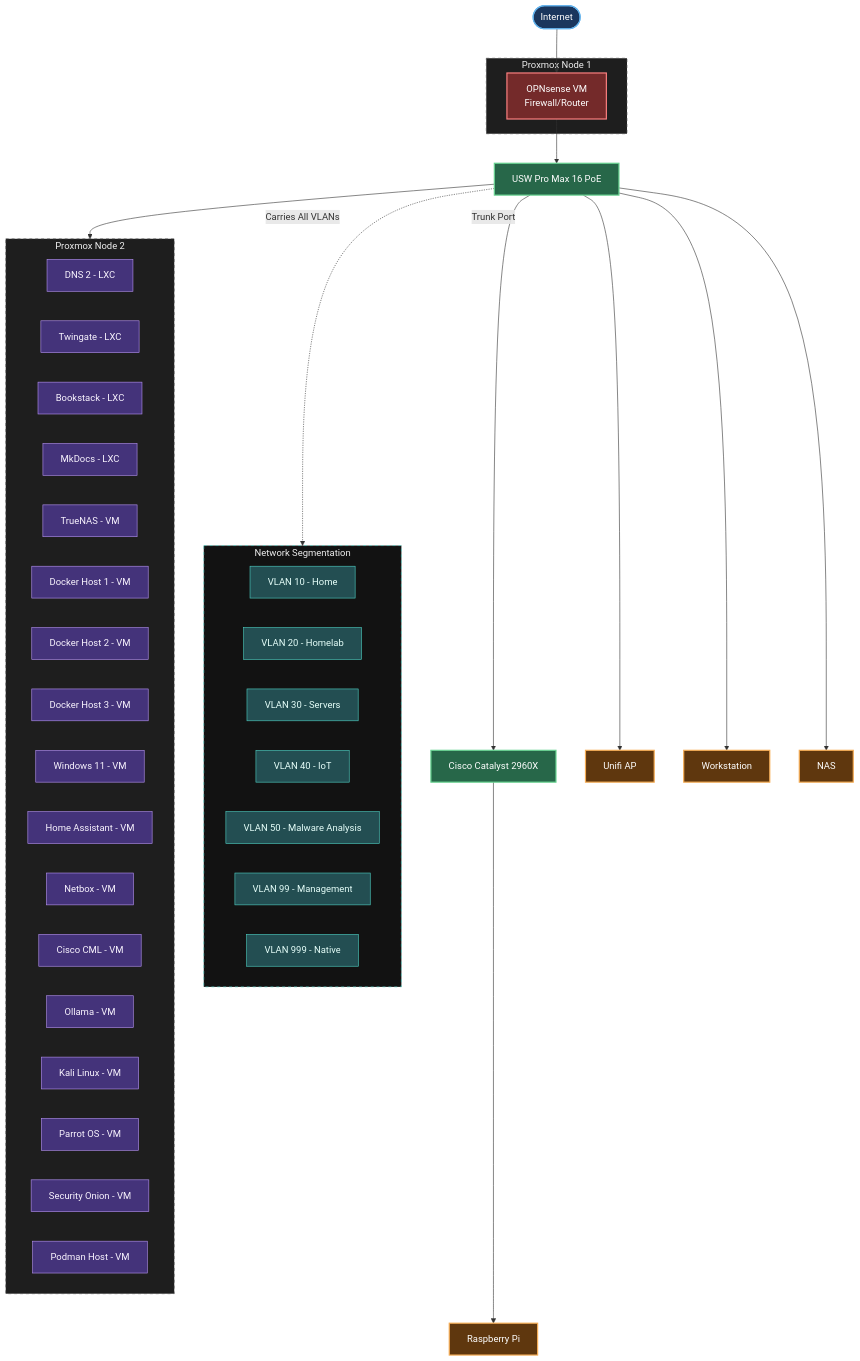
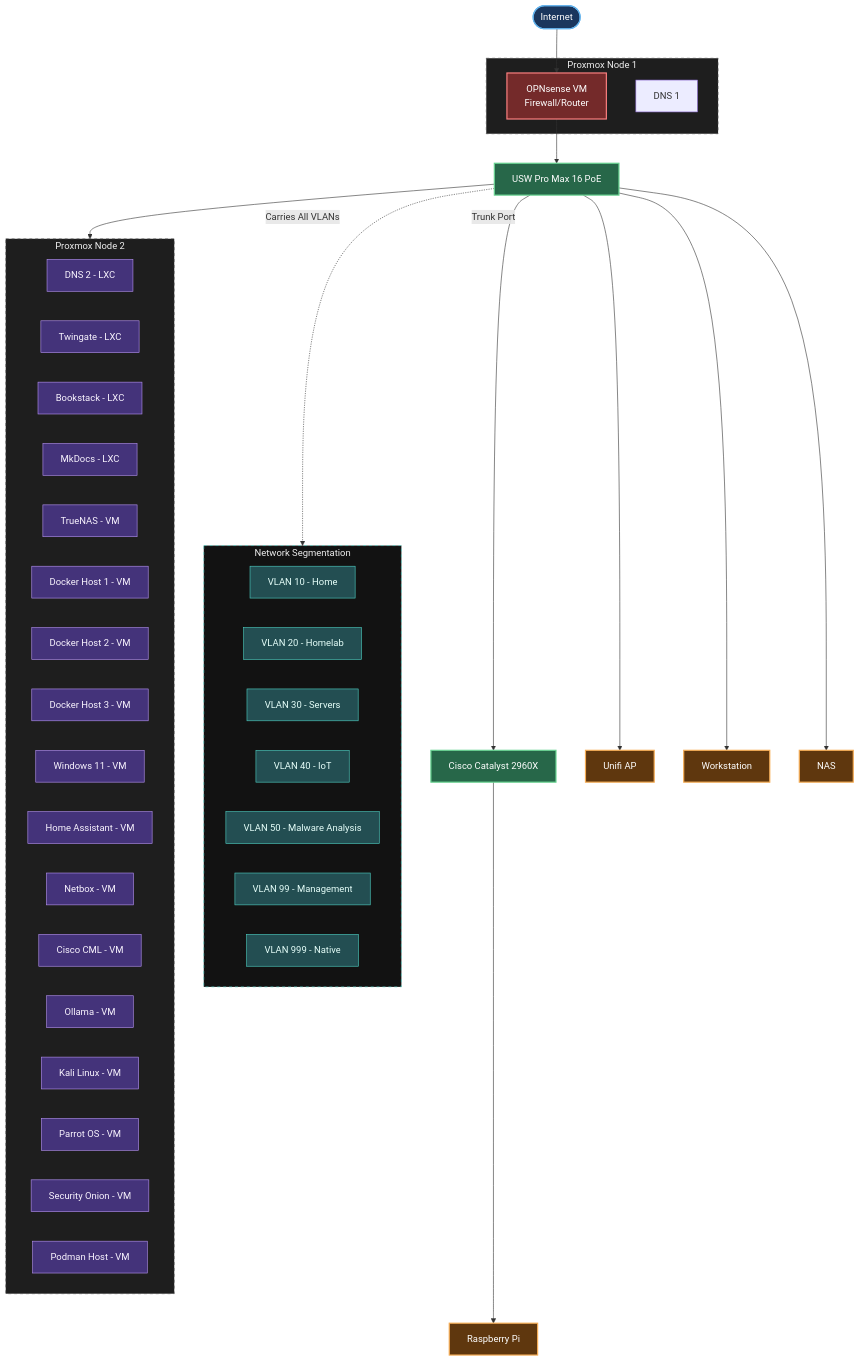
Before and after one commit to moshthesubnet/my-lab-docs: the diagram in docs/index.md, drawn with Mermaid.

```diff
--- a/docs/index.md
+++ b/docs/index.md
@@ -60,6 +60,7 @@
     %% Proxmox Host containing OPNsense
     subgraph ProxmoxNode1["Proxmox Node 1"]
         OPNsense["OPNsense VM<br/>Firewall/Router"]
+        Pihole1["DNS 1"]
     end
     
     %% Main Switch
```
